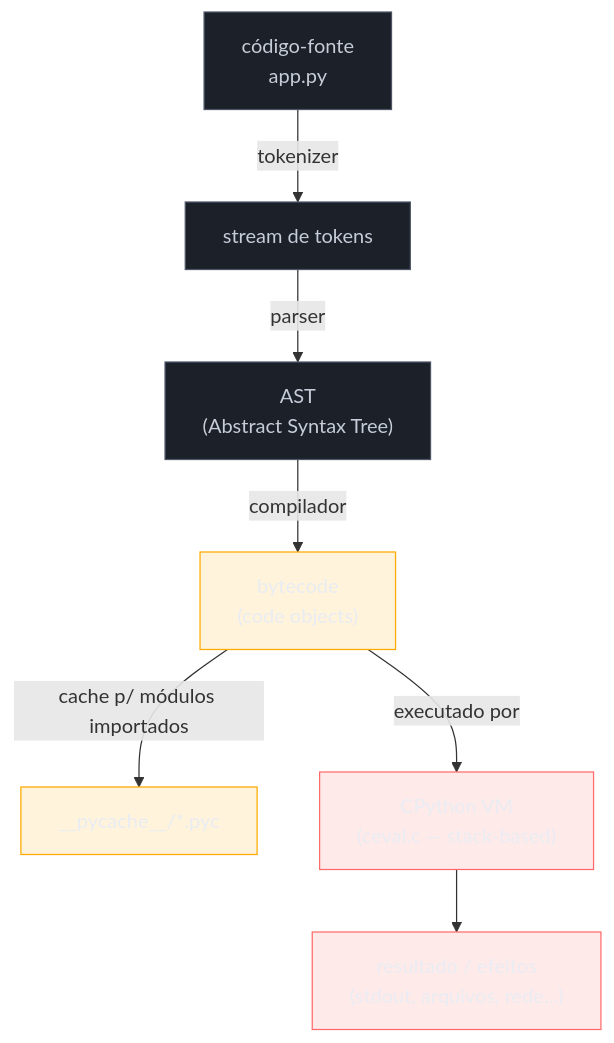
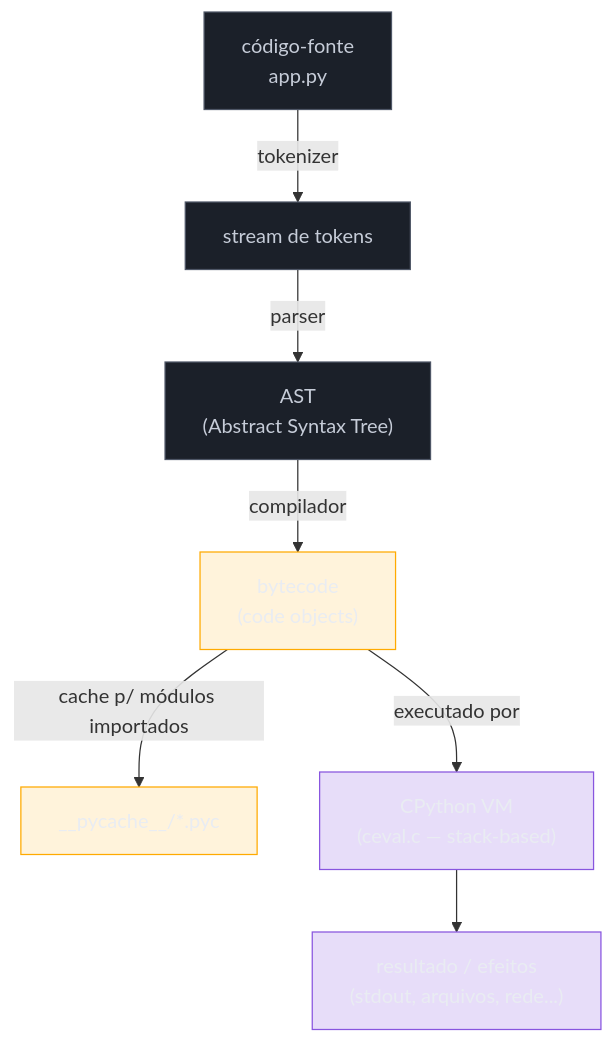
Before and after one commit to josenaldo/codex-technomanticus: the diagram in 03-Dominios/Tecnologia/Python/Core/01 - O que é Python e como ele executa.md, drawn with Mermaid. The commit also changed 601 other files, not shown here.

````diff
--- a/03-Dominios/Tecnologia/Python/Core/01 - O que é Python e como ele executa.md
+++ b/03-Dominios/Tecnologia/Python/Core/01 - O que é Python e como ele executa.md
@@ -65,20 +65,20 @@
 ```mermaid
 flowchart TD
+    classDef marca fill:#8855DF33,stroke:#8855DF,color:#E9ECF2
     classDef neutro fill:#1B2029,stroke:#4E5666,color:#C6CCD8
     classDef destaque fill:#FFAA0024,stroke:#FFAA00,color:#E9ECF2
-    classDef falha fill:#FF6B6B24,stroke:#FF6B6B,color:#E9ECF2
     A["código-fonte<br/>app.py"] -->|"tokenizer"| B["stream de tokens"]
     B -->|"parser"| C["AST<br/>(Abstract Syntax Tree)"]
     C -->|"compilador"| D["bytecode<br/>(code objects)"]
     D -->|"cache p/ módulos importados"| E["__pycache__/*.pyc"]
     D -->|"executado por"| F["CPython VM<br/>(ceval.c — stack-based)"]
     F --> G["resultado / efeitos<br/>(stdout, arquivos, rede...)"]
 
     class A neutro
     class B neutro
     class C neutro
     class D destaque
     class E destaque
-    class F falha
-    class G falha
+    class F marca
+    class G marca
 ```
````
